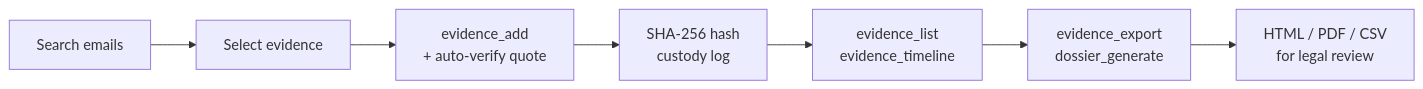
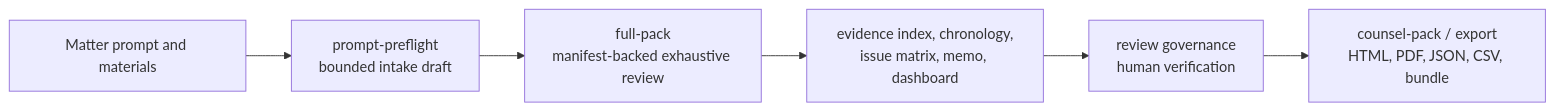
One commit to sebastianspicker/outlook-email-rag changed the second of 4 diagrams in README.md. Above: the diagram before and after it, drawn with Mermaid. The commit also changed other lines of this file and 473 other files, not shown here.

````diff
--- a/README.md
+++ b/README.md
@@ -112,9 +51,8 @@
 ```mermaid
 flowchart LR
-    SEARCH["Search emails"] --> SELECT["Select evidence"]
-    SELECT --> ADD["evidence_add\n+ auto-verify quote"]
-    ADD --> CUSTODY["SHA-256 hash\ncustody log"]
-    CUSTODY --> REVIEW["evidence_list\nevidence_timeline"]
-    REVIEW --> EXPORT["evidence_export\ndossier_generate"]
-    EXPORT --> OUTPUT["HTML / PDF / CSV\nfor legal review"]
+    PROMPT["Matter prompt and materials"] --> PREFLIGHT["prompt-preflight\nbounded intake draft"]
+    PREFLIGHT --> FULLPACK["full-pack\nmanifest-backed exhaustive review"]
+    FULLPACK --> PRODUCTS["evidence index, chronology,\nissue matrix, memo, dashboard"]
+    PRODUCTS --> REVIEW["review governance\nhuman verification"]
+    REVIEW --> EXPORT["counsel-pack / export\nHTML, PDF, JSON, CSV, bundle"]
 ```
````
